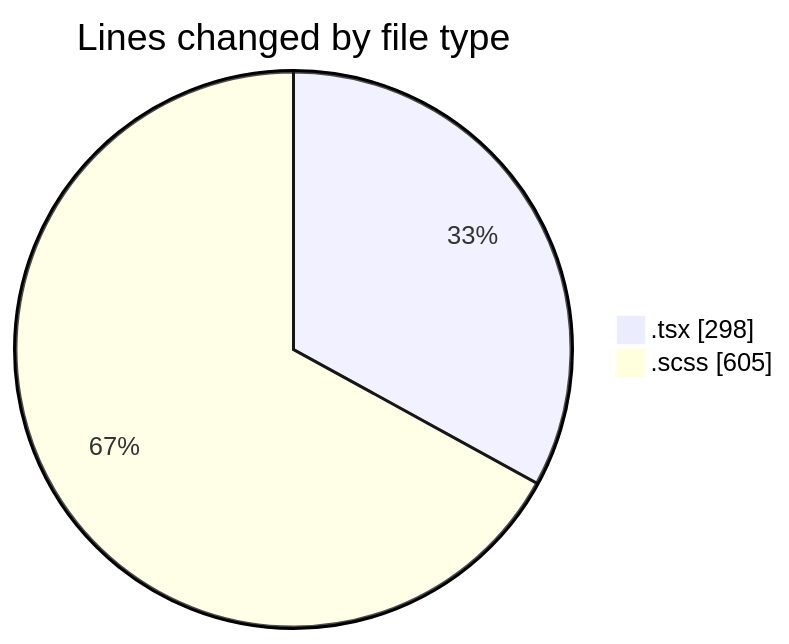
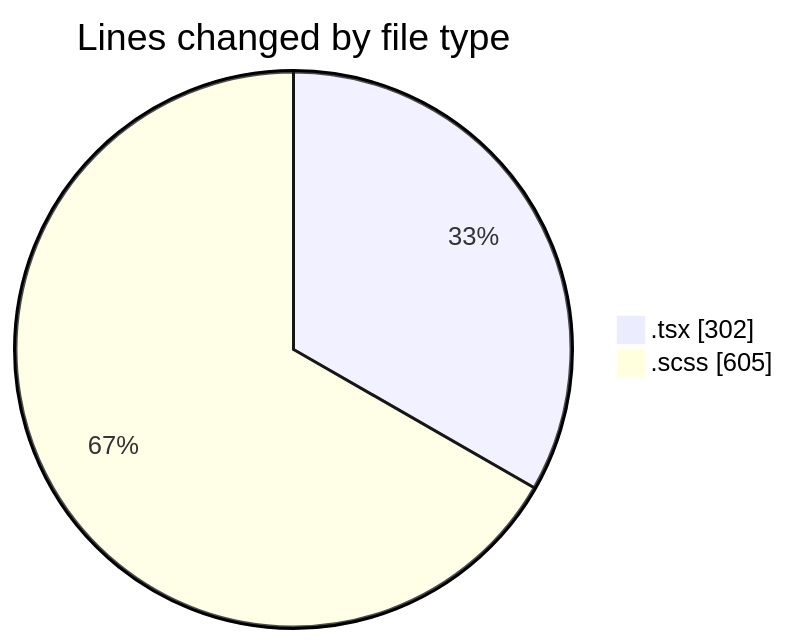
The first of 2 diagrams in 2025-03-27/cda/README.md (momahboobian/code-tracking), drawn with Mermaid before and after one commit. The commit also changed other lines of this file and 1 other file, not shown here.

````diff
--- a/2025-03-27/cda/README.md
+++ b/2025-03-27/cda/README.md
@@ -21,6 +21,6 @@
 ```mermaid
 pie showData
 title Lines changed by file type
-".tsx" : 298
+".tsx" : 302
 ".scss" : 605
 ```
````
